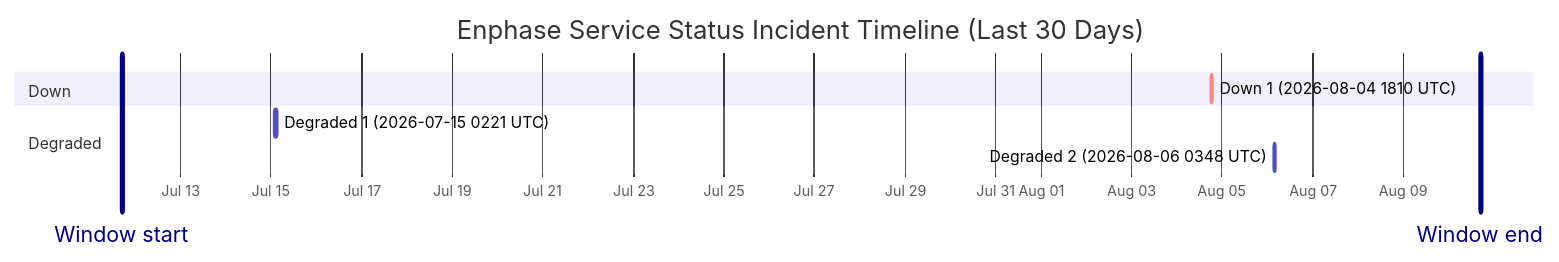
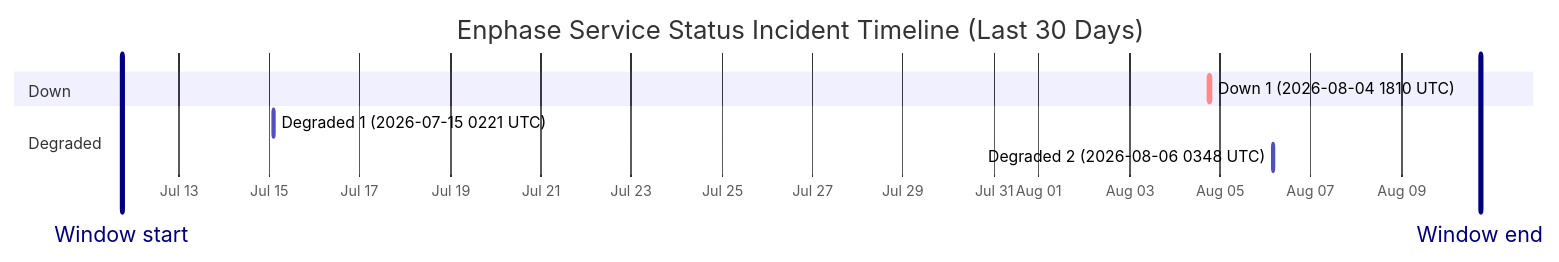
Before and after one commit to barneyonline/ha-enphase-energy: the diagram in wiki/Service-Status-History.md, drawn with Mermaid. The commit also changed other lines of this file and 3 other files, not shown here.

````diff
--- a/wiki/Service-Status-History.md
+++ b/wiki/Service-Status-History.md
@@ -14,13 +14,13 @@
 ```mermaid
 gantt
     title Enphase Service Status Incident Timeline (Last 30 Days)
     dateFormat  YYYY-MM-DDTHH:mm:ss
     axisFormat  %b %d
-    Window start :vert, window-start, 2026-07-11T16:59:24, 0ms
-    Window end :vert, window-end, 2026-08-10T16:59:24, 0ms
+    Window start :vert, window-start, 2026-07-11T17:55:09, 0ms
+    Window end :vert, window-end, 2026-08-10T17:55:09, 0ms
     section Down
     Down 1 (2026-08-04 1810 UTC) :crit, down-1, 2026-08-04T18:10:46, 60m
     section Degraded
     Degraded 1 (2026-07-15 0221 UTC) :active, degraded-1, 2026-07-15T02:21:35, 60m
     Degraded 2 (2026-08-06 0348 UTC) :active, degraded-2, 2026-08-06T03:48:14, 60m
 ```
````
